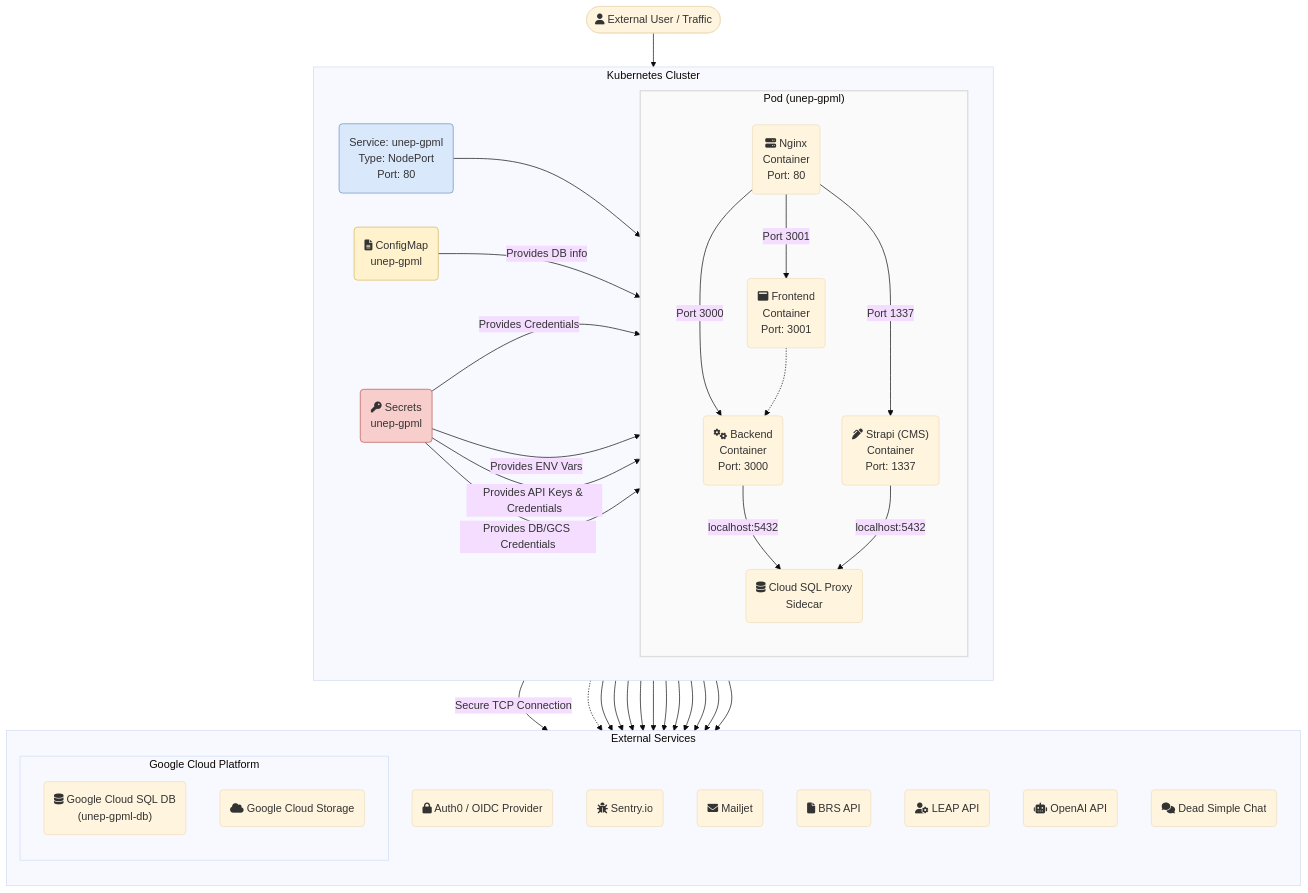
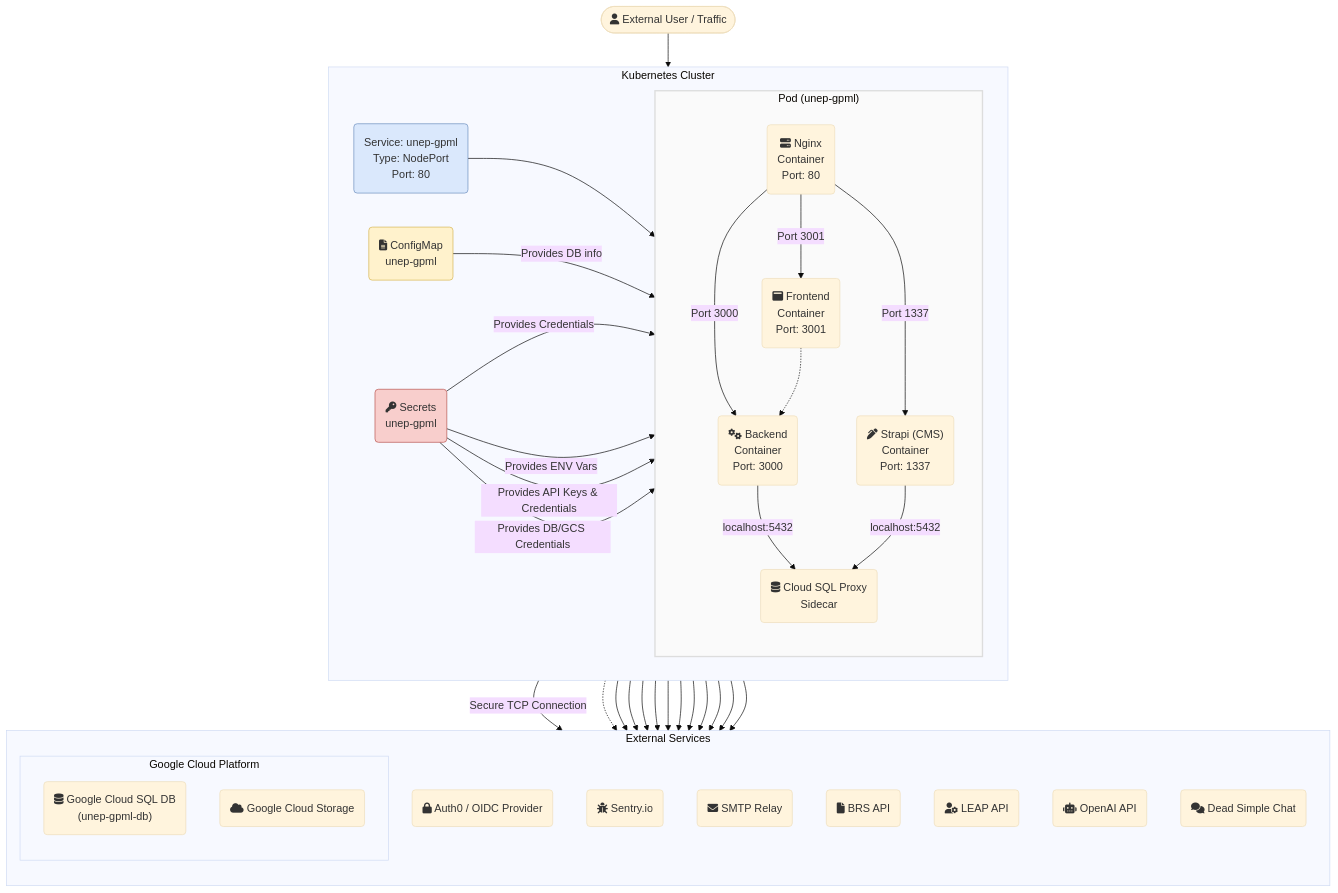
The first of 2 diagrams in README.md (akvo/unep-gpml), drawn with Mermaid (base theme) before and after one commit. The commit also changed other lines of this file and 1 other file, not shown here.

Commit message:
2395: Point the local environment at an SMTP relay
Replaces `MAILJET_API_KEY` and `MAILJET_SECRET_KEY` in
`docker-compose.yml` with the settings the SMTP backend reads, and
updates the architecture diagram and service list in the README.

The deployed environments are configured from the manifests in
`akvo-config/k8s-manifests`, not from `ci/k8s/deployment.template.yml`,
which is no longer used; the SMTP variables are added there in a
separate change. This commit deliberately leaves the dead template
alone rather than keeping a file nothing reads in step.

Listing every variable in `docker-compose.yml` costs one line each and
sets nothing by itself, so all of them are passed through — including
the four that already default to what a port-587 STARTTLS relay wants.

````diff
--- a/README.md
+++ b/README.md
@@ -7,69 +7,69 @@
 ```mermaid
 graph TD
    subgraph "Kubernetes Cluster"
        direction LR
        subgraph pod["Pod (unep-gpml)"]
            direction TB
            nginx("<i class='fa fa-server'></i> Nginx<br>Container<br>Port: 80")
            frontend("<i class='fa fa-window-maximize'></i> Frontend<br>Container<br>Port: 3001")
            backend("<i class='fa fa-cogs'></i> Backend<br>Container<br>Port: 3000")
            strapi("<i class='fa fa-pen-alt'></i> Strapi (CMS)<br>Container<br>Port: 1337")
            proxy("<i class='fa fa-database'></i> Cloud SQL Proxy<br>Sidecar")
 
            nginx -->|"Port 3001"| frontend
            nginx -->|"Port 3000"| backend
            nginx -->|"Port 1337"| strapi
            frontend -.-> backend
            backend -->|"localhost:5432"| proxy
            strapi  -->|"localhost:5432"| proxy
        end
 
        svc("Service: unep-gpml<br>Type: NodePort<br>Port: 80")
        cm("<i class='fa fa-file-alt'></i> ConfigMap<br>unep-gpml")
        secret("<i class='fa fa-key'></i> Secrets<br>unep-gpml")
 
        svc --> nginx
        cm -- "Provides DB info" --> proxy
        secret -- "Provides Credentials" --> proxy
        secret -- "Provides ENV Vars" --> frontend
        secret -- "Provides API Keys & Credentials" --> backend
        secret -- "Provides DB/GCS Credentials" --> strapi
    end
 
    subgraph "External Services"
        direction TB
        subgraph "Google Cloud Platform"
            db("<i class='fa fa-database'></i> Google Cloud SQL DB<br>(unep-gpml-db)")
            gcs("<i class='fa fa-cloud'></i> Google Cloud Storage")
        end
        auth0("<i class='fa fa-lock'></i> Auth0 / OIDC Provider")
        sentry("<i class='fa fa-bug'></i> Sentry.io")
-       mailjet("<i class='fa fa-envelope'></i> Mailjet")
+       smtp("<i class='fa fa-envelope'></i> SMTP Relay")
        brs("<i class='fa fa-file'></i> BRS API")
        leap("<i class='fa fa-user-gear'></i> LEAP API")
        openai("<i class='fa fa-robot'></i> OpenAI API")
        chat("<i class='fa fa-comments'></i> Dead Simple Chat")
    end
 
    user([<i class='fa fa-user'></i> External User / Traffic]) --> svc
 
    proxy -->|Secure TCP Connection| db
    frontend -.-> gcs
    backend --> gcs
    strapi --> gcs
    backend --> auth0
    frontend --> auth0
    backend --> sentry
    frontend --> sentry
-   backend --> mailjet
+   backend --> smtp
    backend --> brs
    backend --> leap
    backend --> chat
    backend --> openai
 
    %% Styling
    style pod fill:#fafafa,stroke:#dddddd,stroke-width:2px
    style svc fill:#dae8fc,stroke:#6c8ebf
    style cm fill:#fff2cc,stroke:#d6b656
    style secret fill:#f8cecc,stroke:#b85450
 ```
````
